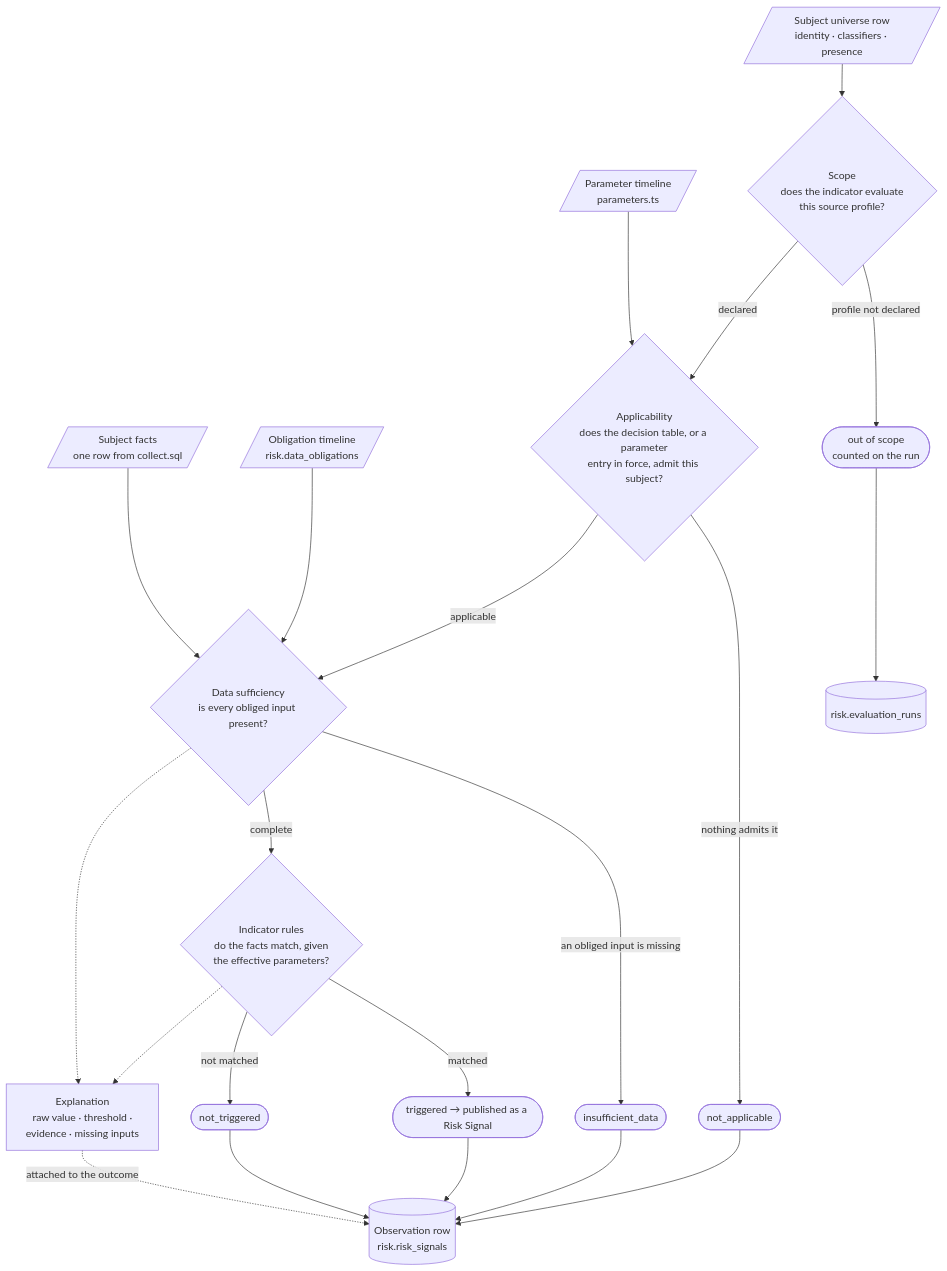
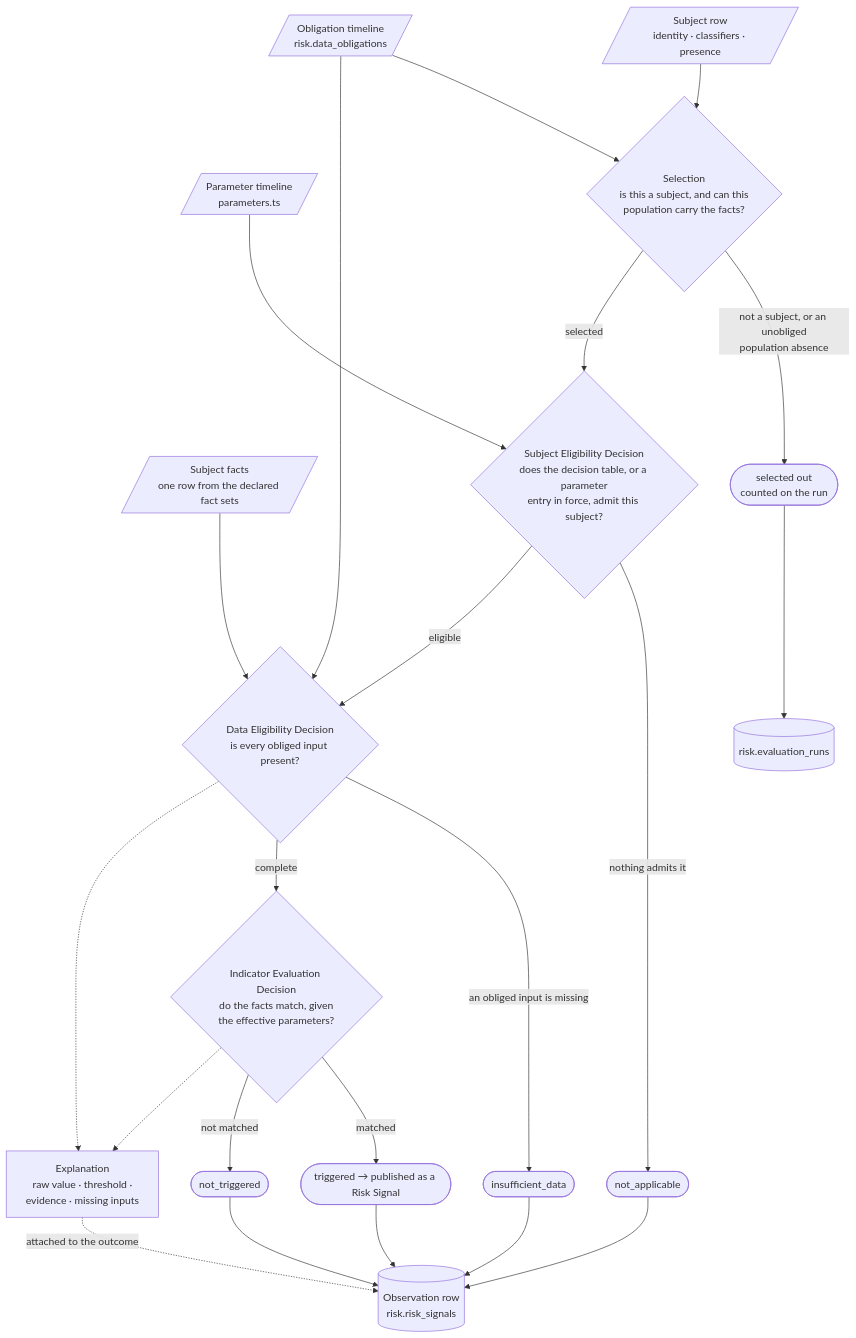
Before and after one commit to Viespirkiu-grupe/viespirkiai: the fourth of 9 diagrams in docs/indicators-story/risk-service-architecture.md, drawn with Mermaid. The commit also changed other lines of this file, not shown here.

Commit message:
architecture update

````diff
--- a/docs/indicators-story/risk-service-architecture.md
+++ b/docs/indicators-story/risk-service-architecture.md
@@ -298,40 +313,41 @@
 ```mermaid
 flowchart TB
-    U[/"Subject universe row<br/>identity · classifiers · presence"/]
-    F[/"Subject facts<br/>one row from collect.sql"/]
+    U[/"Subject row<br/>identity · classifiers · presence"/]
+    F[/"Subject facts<br/>one row from the declared fact sets"/]
     O[/"Obligation timeline<br/>risk.data_obligations"/]
     P[/"Parameter timeline<br/>parameters.ts"/]
-    D0{"Scope<br/>does the indicator evaluate<br/>this source profile?"}
-    D1{"Applicability<br/>does the decision table, or a parameter<br/>entry in force, admit this subject?"}
-    D2{"Data sufficiency<br/>is every obliged input present?"}
-    D3{"Indicator rules<br/>do the facts match, given<br/>the effective parameters?"}
+    D0{"Selection<br/>is this a subject, and can this<br/>population carry the facts?"}
+    D1{"Subject Eligibility Decision<br/>does the decision table, or a parameter<br/>entry in force, admit this subject?"}
+    D2{"Data Eligibility Decision<br/>is every obliged input present?"}
+    D3{"Indicator Evaluation Decision<br/>do the facts match, given<br/>the effective parameters?"}
     D4["Explanation<br/>raw value · threshold ·<br/>evidence · missing inputs"]
-    OS(["out of scope<br/>counted on the run"])
+    OS(["selected out<br/>counted on the run"])
     NA(["not_applicable"])
     ID(["insufficient_data"])
     TR(["triggered → published as a Risk Signal"])
     NT(["not_triggered"])
     OBS[("Observation row<br/>risk.risk_signals")]
     RUN[("risk.evaluation_runs")]
 
     U --> D0
-    D0 -->|" profile not declared "| OS
-    D0 -->|" declared "| D1
+    O --> D0
+    D0 -->|" not a subject, or an unobliged<br/>population absence "| OS
+    D0 -->|" selected "| D1
     P --> D1
     D1 -->|" nothing admits it "| NA
-    D1 -->|" applicable "| D2
+    D1 -->|" eligible "| D2
     O --> D2
     F --> D2
     D2 -->|" an obliged input is missing "| ID
     D2 -->|" complete "| D3
     D3 -->|" matched "| TR
     D3 -->|" not matched "| NT
     D2 -.-> D4
     D3 -.-> D4
     OS --> RUN
     NA --> OBS
     ID --> OBS
     TR --> OBS
     NT --> OBS
     D4 -.->|" attached to the outcome "| OBS
 ```
````
